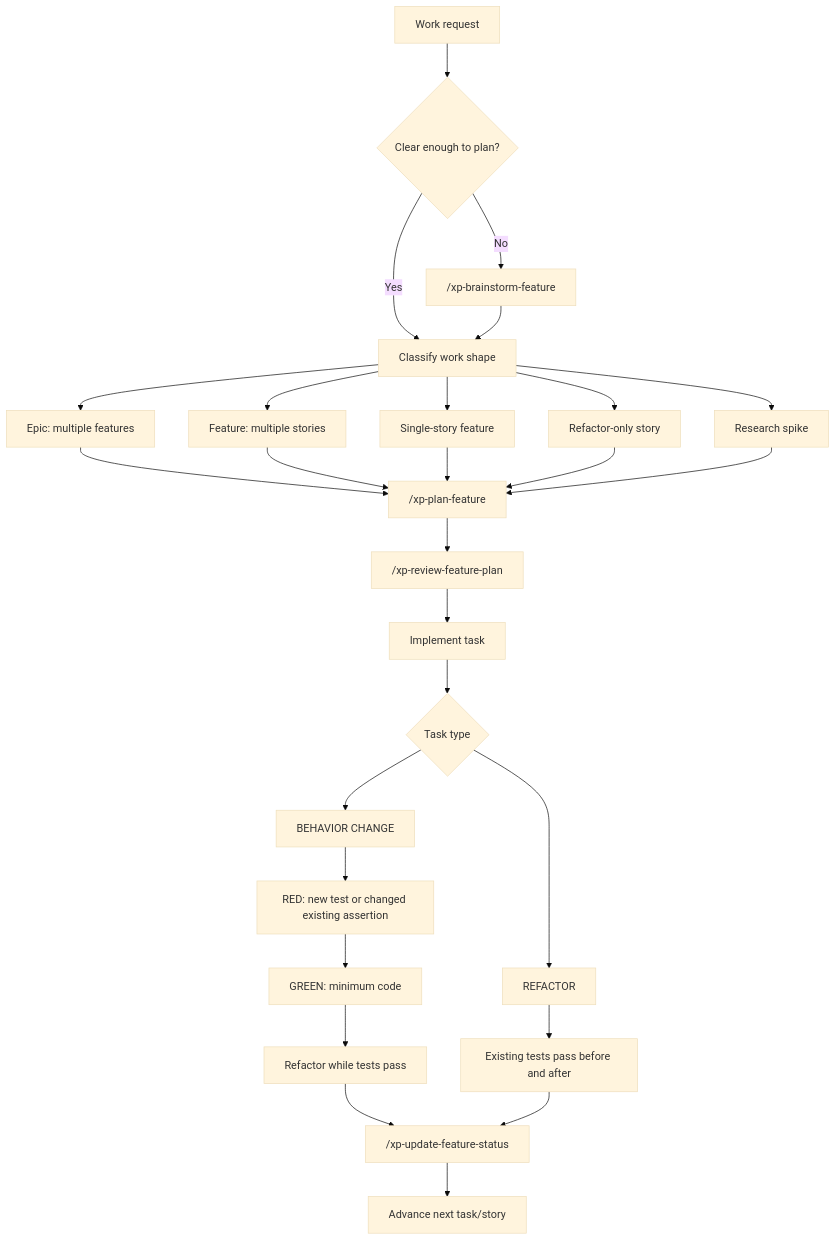
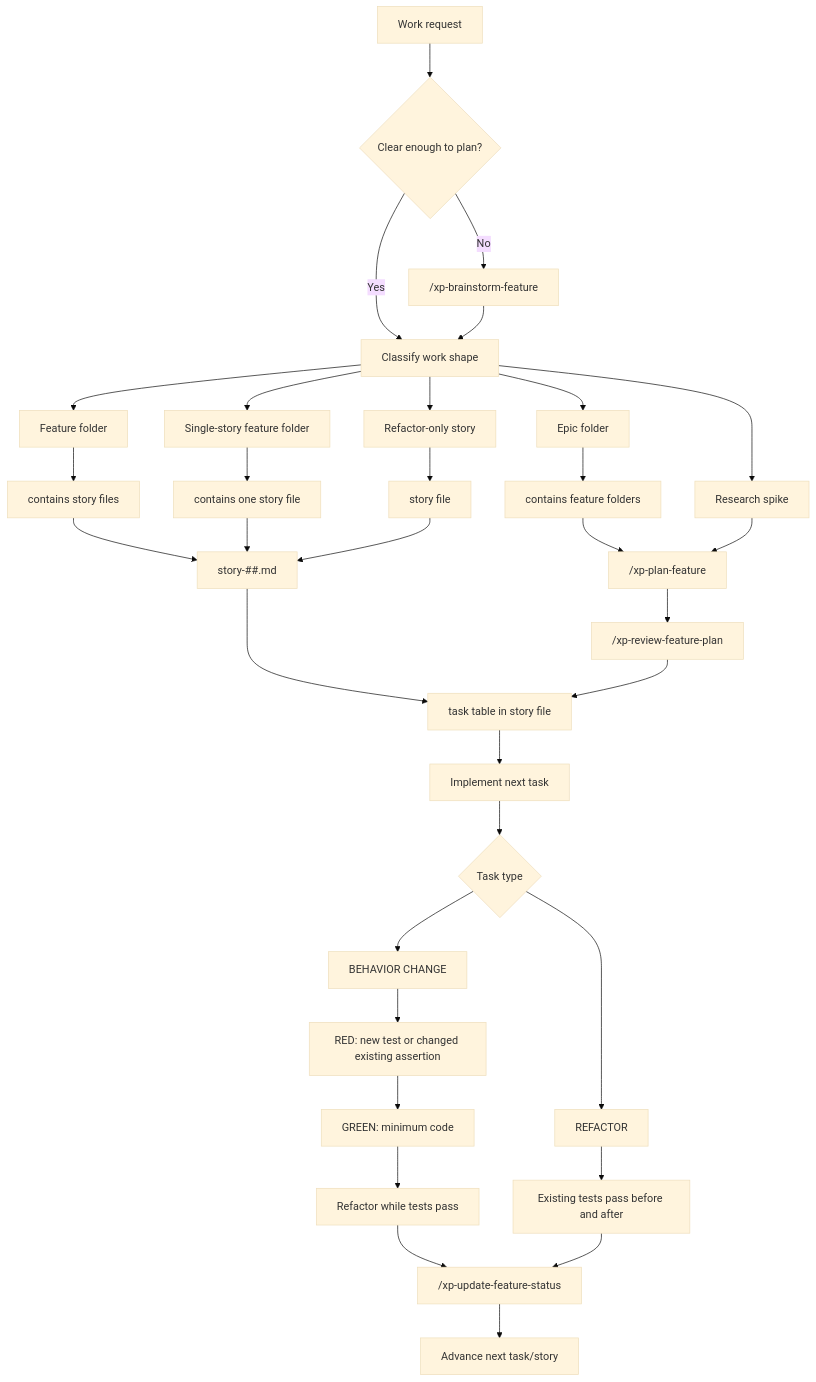
One commit to pablougaz/xp-agent-workflow changed the diagram in docs/workflow-usage.md. Above: the diagram before and after it, drawn with Mermaid (base theme). The commit also changed other lines of this file and 3 other files, not shown here.

Commit message:
Clarify story task containment

````diff
--- a/docs/workflow-usage.md
+++ b/docs/workflow-usage.md
@@ -20,29 +20,35 @@
 ```mermaid
 flowchart TD
     Start["Work request"] --> Brain{"Clear enough to plan?"}
     Brain -->|No| Brainstorm["/xp-brainstorm-feature"]
     Brain -->|Yes| Shape["Classify work shape"]
     Brainstorm --> Shape
-    Shape --> Epic["Epic: multiple features"]
-    Shape --> Feature["Feature: multiple stories"]
-    Shape --> Single["Single-story feature"]
+    Shape --> Epic["Epic folder"]
+    Epic --> EpicFeatures["contains feature folders"]
+    Shape --> Feature["Feature folder"]
+    Shape --> Single["Single-story feature folder"]
     Shape --> RefactorOnly["Refactor-only story"]
     Shape --> Spike["Research spike"]
-    Epic --> Plan["/xp-plan-feature"]
-    Feature --> Plan
-    Single --> Plan
-    RefactorOnly --> Plan
+    EpicFeatures --> Plan["/xp-plan-feature"]
+    Feature --> Stories["contains story files"]
+    Single --> OneStory["contains one story file"]
+    RefactorOnly --> RefactorStory["story file"]
+    Stories --> Story["story-##.md"]
+    OneStory --> Story
+    RefactorStory --> Story
+    Story --> TaskTable["task table in story file"]
     Spike --> Plan
     Plan --> Review["/xp-review-feature-plan"]
-    Review --> Execute["Implement task"]
+    Review --> TaskTable
+    TaskTable --> Execute["Implement next task"]
     Execute --> TaskType{"Task type"}
     TaskType --> Behavior["BEHAVIOR CHANGE"]
     TaskType --> Refactor["REFACTOR"]
     Behavior --> Red["RED: new test or changed existing assertion"]
     Red --> Green["GREEN: minimum code"]
     Green --> Cleanup["Refactor while tests pass"]
     Refactor --> Preserve["Existing tests pass before and after"]
     Cleanup --> Status["/xp-update-feature-status"]
     Preserve --> Status
     Status --> Next["Advance next task/story"]
 ```
````
